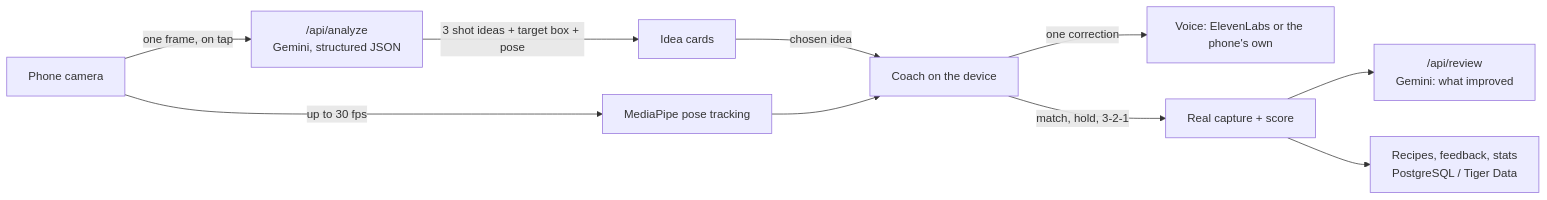
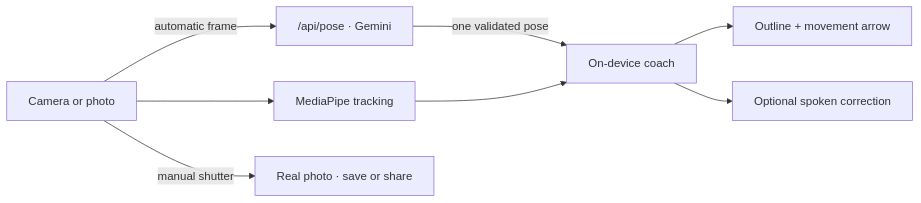
The diagram in README.md (4bakhti/Timisoara-hack), drawn with Mermaid before and after one commit. The commit also changed other lines of this file and 21 other files, not shown here.

Commit message:
Simplify the main app into an automatic pose camera

````diff
--- a/README.md
+++ b/README.md
@@ -21,12 +18,10 @@
 ```mermaid
 flowchart LR
-  Cam[Phone camera] -->|one frame, on tap| A["/api/analyze<br/>Gemini, structured JSON"]
-  A -->|3 shot ideas + target box + pose| UI[Idea cards]
-  UI -->|chosen idea| C[Coach on the device]
-  Cam -->|up to 30 fps| T[MediaPipe pose tracking]
+  Cam[Camera or photo] -->|automatic frame| A["/api/pose · Gemini"]
+  A -->|one validated pose| C[On-device coach]
+  Cam --> T[MediaPipe tracking]
   T --> C
-  C -->|one correction| V[Voice: ElevenLabs or the phone's own]
-  C -->|match, hold, 3-2-1| S[Real capture + score]
-  S --> R["/api/review<br/>Gemini: what improved"]
-  S --> P["Recipes, feedback, stats<br/>PostgreSQL / Tiger Data"]
+  C --> G[Outline + movement arrow]
+  C --> V[Optional spoken correction]
+  Cam -->|manual shutter| S[Real photo · save or share]
 ```
````
